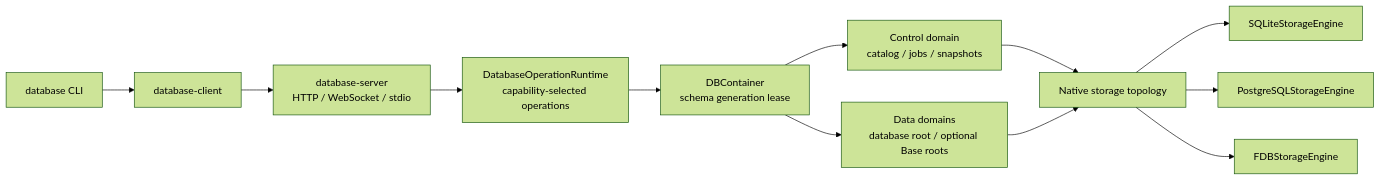
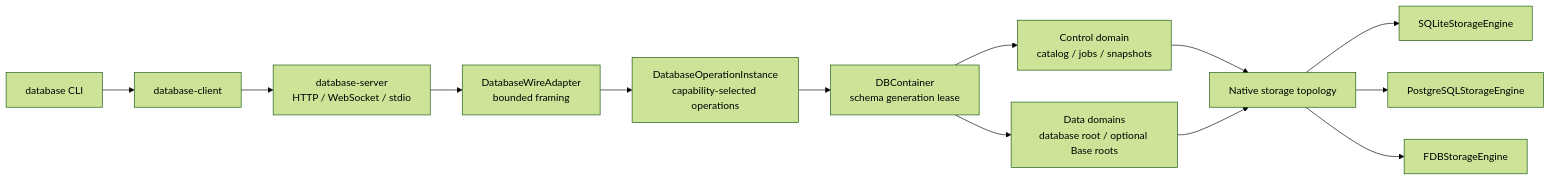
Before and after one commit to 1amageek/database-server: the diagram in README.md, drawn with Mermaid (forest theme). The commit also changed other lines of this file and 24 other files, not shown here.

````diff
--- a/README.md
+++ b/README.md
@@ -37,14 +39,15 @@
 ```mermaid
 flowchart LR
     CLI["database CLI"] --> Client["database-client"]
     Client --> Host["database-server<br/>HTTP / WebSocket / stdio"]
-    Host --> Runtime["DatabaseOperationRuntime<br/>capability-selected operations"]
+    Host --> Adapter["DatabaseWireAdapter<br/>bounded framing"]
+    Adapter --> Runtime["DatabaseOperationInstance<br/>capability-selected operations"]
     Runtime --> Container["DBContainer<br/>schema generation lease"]
     Container --> Control["Control domain<br/>catalog / jobs / snapshots"]
     Container --> Data["Data domains<br/>database root / optional Base roots"]
     Control --> Factory["Native storage topology"]
     Data --> Factory
     Factory --> SQLite["SQLiteStorageEngine"]
     Factory --> PostgreSQL["PostgreSQLStorageEngine"]
     Factory --> FDB["FDBStorageEngine"]
 ```
````
